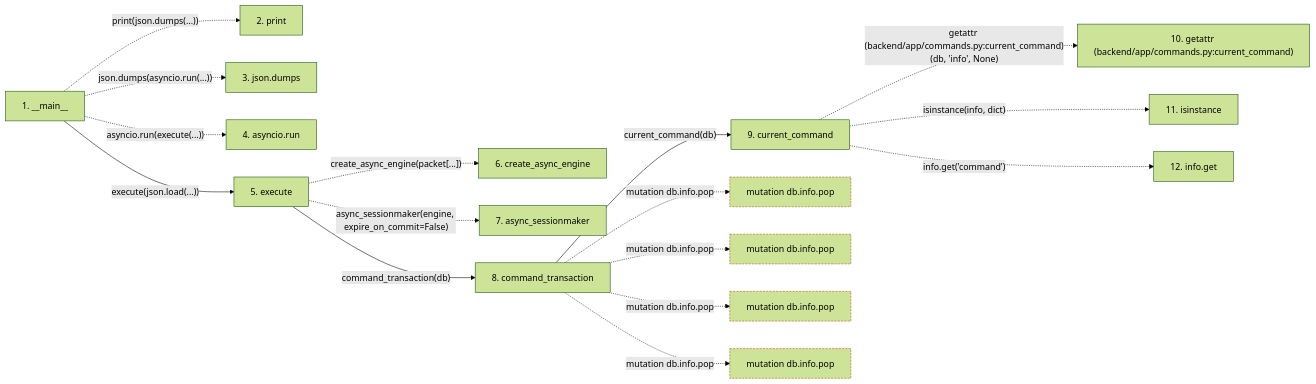
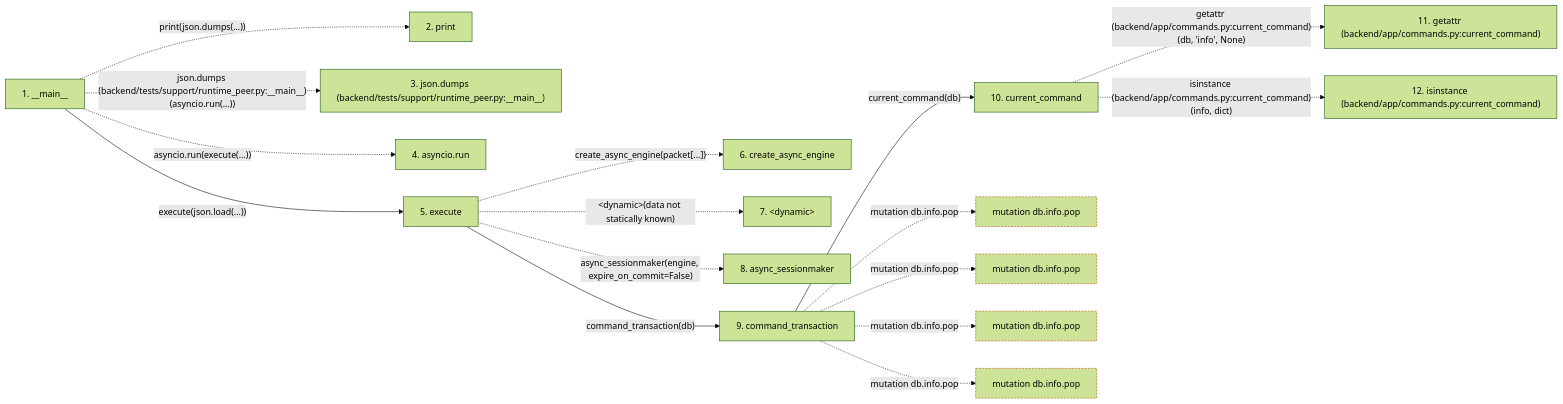
One commit to Denissvgn/WorkChord changed the second of 2 diagrams in docs/llm_wiki/flows/process-runtime_peer.md. Above: the diagram before and after it, drawn with Mermaid (forest theme). The commit also changed other lines of this file and 25171 other files, not shown here.

````diff
--- a/docs/llm_wiki/flows/process-runtime_peer.md
+++ b/docs/llm_wiki/flows/process-runtime_peer.md
@@ -85,43 +155,43 @@
 ```mermaid
 flowchart LR
     s1["1. __main__"]
     s2["2. print"]
-    s3["3. json.dumps"]
+    s3["3. json.dumps (backend/tests/support/runtime_peer.py:__main__)"]
     s4["4. asyncio.run"]
     s5["5. execute"]
     s6["6. create_async_engine"]
-    s7["7. async_sessionmaker"]
-    s8["8. command_transaction"]
-    s9["9. current_command"]
-    s10["10. getattr (backend/app/commands.py:current_command)"]
-    s11["11. isinstance"]
-    s12["12. info.get"]
+    s7["7. #60;dynamic#62;"]
+    s8["8. async_sessionmaker"]
+    s9["9. command_transaction"]
+    s10["10. current_command"]
+    s11["11. getattr (backend/app/commands.py:current_command)"]
+    s12["12. isinstance (backend/app/commands.py:current_command)"]
     s1 -. "print(json.dumps(...))" .-> s2
-    s1 -. "json.dumps(asyncio.run(...))" .-> s3
+    s1 -. "json.dumps (backend/tests/support/runtime_peer.py:__main__)(asyncio.run(...))" .-> s3
     s1 -. "asyncio.run(execute(...))" .-> s4
     s1 -->|"execute(json.load(...))"| s5
     s5 -. "create_async_engine(packet[...])" .-> s6
-    s5 -. "async_sessionmaker(engine, expire_on_commit=False)" .-> s7
-    s5 -->|"command_transaction(db)"| s8
-    s8 -->|"current_command(db)"| s9
-    s9 -. "getattr (backend/app/commands.py:current_command)(db, 'info', None)" .-> s10
-    s9 -. "isinstance(info, dict)" .-> s11
-    s9 -. "info.get('command')" .-> s12
+    s5 -. "#60;dynamic#62;(data not statically known)" .-> s7
+    s5 -. "async_sessionmaker(engine, expire_on_commit=False)" .-> s8
+    s5 -->|"command_transaction(db)"| s9
+    s9 -->|"current_command(db)"| s10
+    s10 -. "getattr (backend/app/commands.py:current_command)(db, 'info', None)" .-> s11
+    s10 -. "isinstance (backend/app/commands.py:current_command)(info, dict)" .-> s12
     b0["mutation db.info.pop"]
-    s8 -. "mutation db.info.pop" .-> b0
+    s9 -. "mutation db.info.pop" .-> b0
     b1["mutation db.info.pop"]
-    s8 -. "mutation db.info.pop" .-> b1
+    s9 -. "mutation db.info.pop" .-> b1
     b2["mutation db.info.pop"]
-    s8 -. "mutation db.info.pop" .-> b2
+    s9 -. "mutation db.info.pop" .-> b2
     b3["mutation db.info.pop"]
-    s8 -. "mutation db.info.pop" .-> b3
+    s9 -. "mutation db.info.pop" .-> b3
     click s1 "../modules/runtime_peer.md"
     click s5 "../modules/runtime_peer.md"
-    click s8 "../modules/commands.md"
     click s9 "../modules/commands.md"
+    click s10 "../modules/commands.md"
     classDef boundary stroke:#b45309,stroke-dasharray: 4 2
     class b0 boundary
     class b1 boundary
     class b2 boundary
     class b3 boundary
 ```
````
